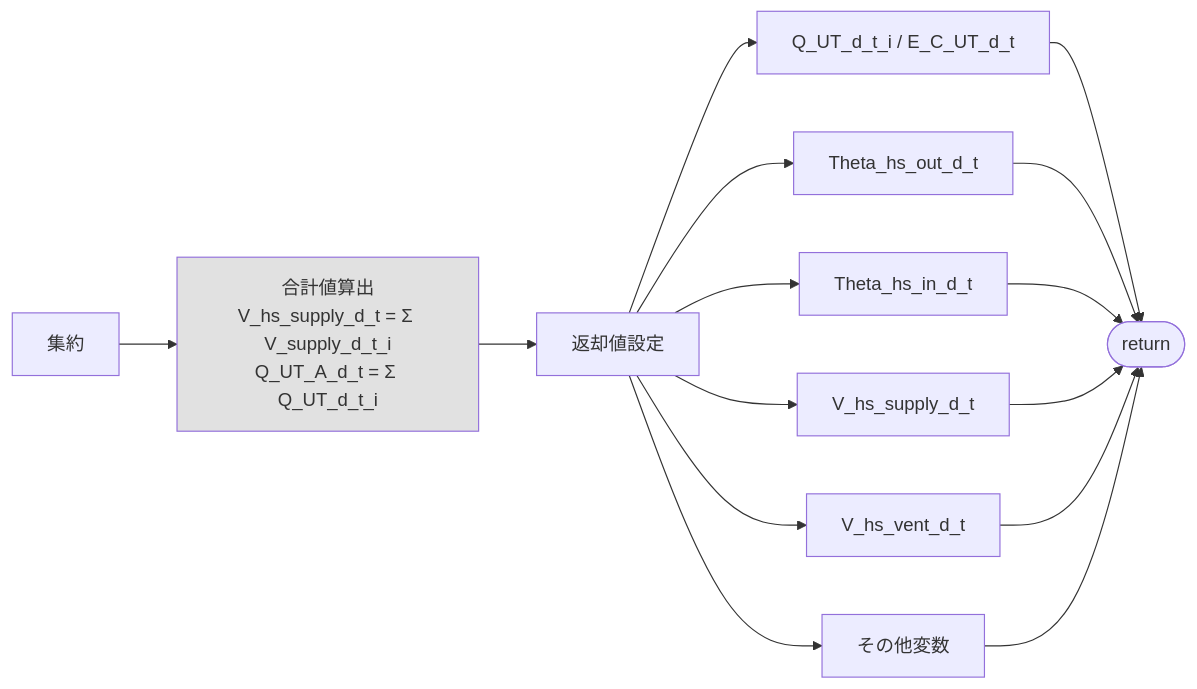
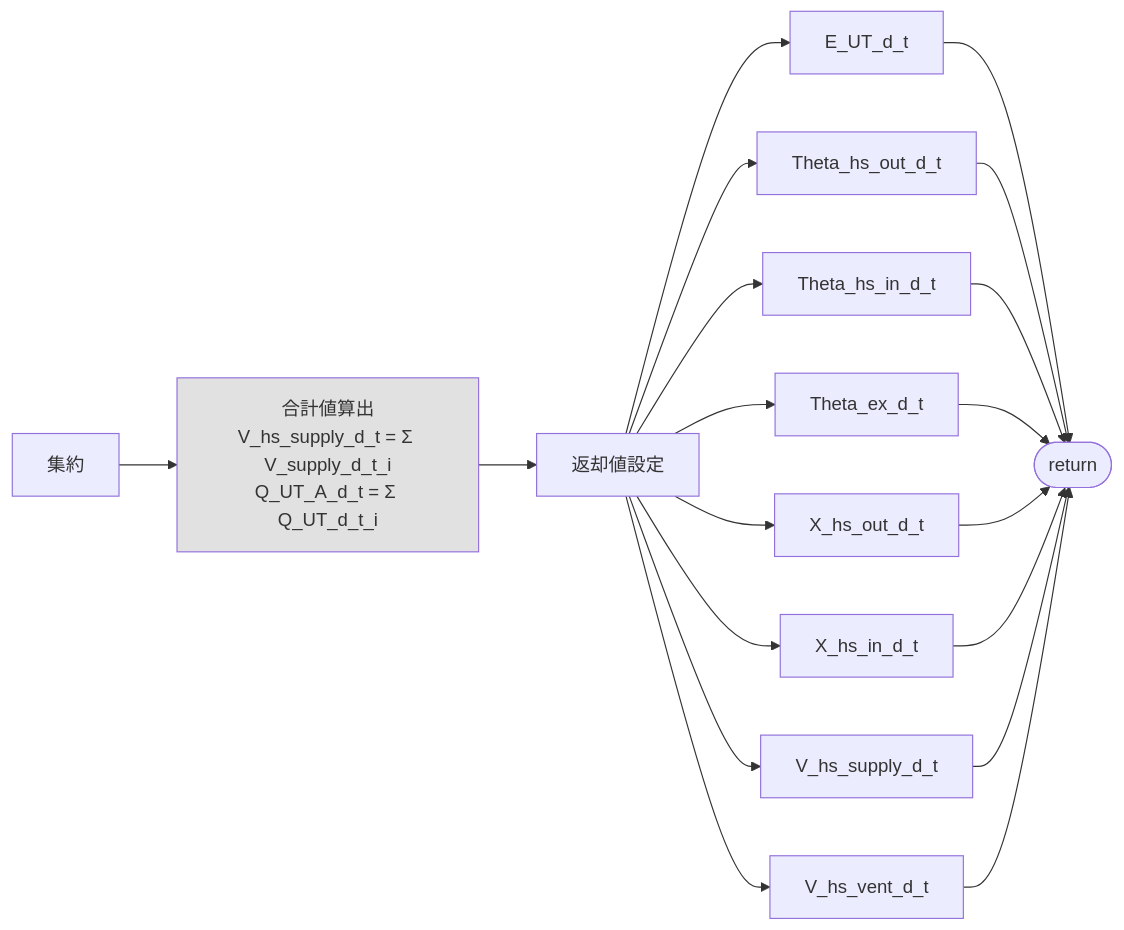
Before and after one commit to izumi-system-development/pyhees-jjj: diagram 12 of 15 in src/docs/プロセスモデル_消費電力計算_標準.md, drawn with Mermaid. The commit also changed other lines of this file, not shown here.

````diff
--- a/src/docs/プロセスモデル_消費電力計算_標準.md
+++ b/src/docs/プロセスモデル_消費電力計算_標準.md
@@ -289,22 +300,26 @@
 ```mermaid
 flowchart LR
     Start[集約] --> Sum[合計値算出<br/>V_hs_supply_d_t = Σ V_supply_d_t_i<br/>Q_UT_A_d_t = Σ Q_UT_d_t_i]
     
     Sum --> Output[返却値設定]
     
-    Output --> R1[Q_UT_d_t_i / E_C_UT_d_t]
+    Output --> R1[E_UT_d_t]
     Output --> R2[Theta_hs_out_d_t]
     Output --> R3[Theta_hs_in_d_t]
-    Output --> R4[V_hs_supply_d_t]
-    Output --> R5[V_hs_vent_d_t]
-    Output --> R6[その他変数]
+    Output --> R4[Theta_ex_d_t]
+    Output --> R5[X_hs_out_d_t]
+    Output --> R6[X_hs_in_d_t]
+    Output --> R7[V_hs_supply_d_t]
+    Output --> R8[V_hs_vent_d_t]
     
     R1 --> Return([return])
     R2 --> Return
     R3 --> Return
     R4 --> Return
     R5 --> Return
     R6 --> Return
+    R7 --> Return
+    R8 --> Return
     
     style Sum fill:#e1e1e1
 ```
````
